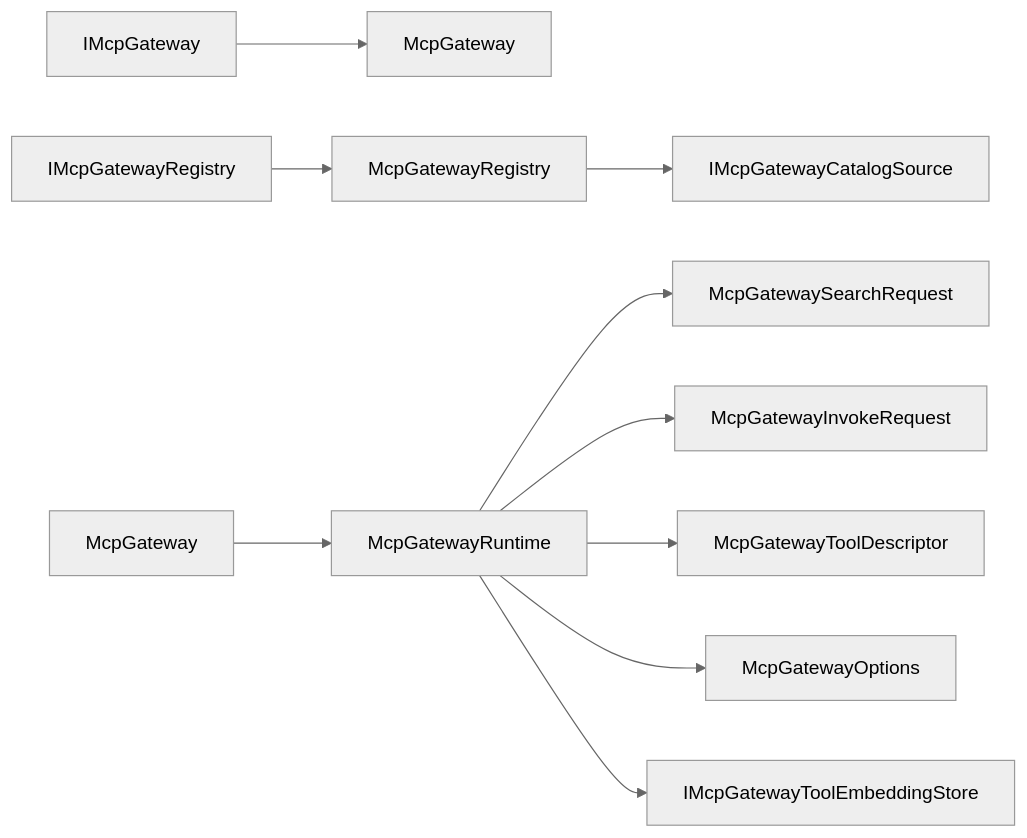
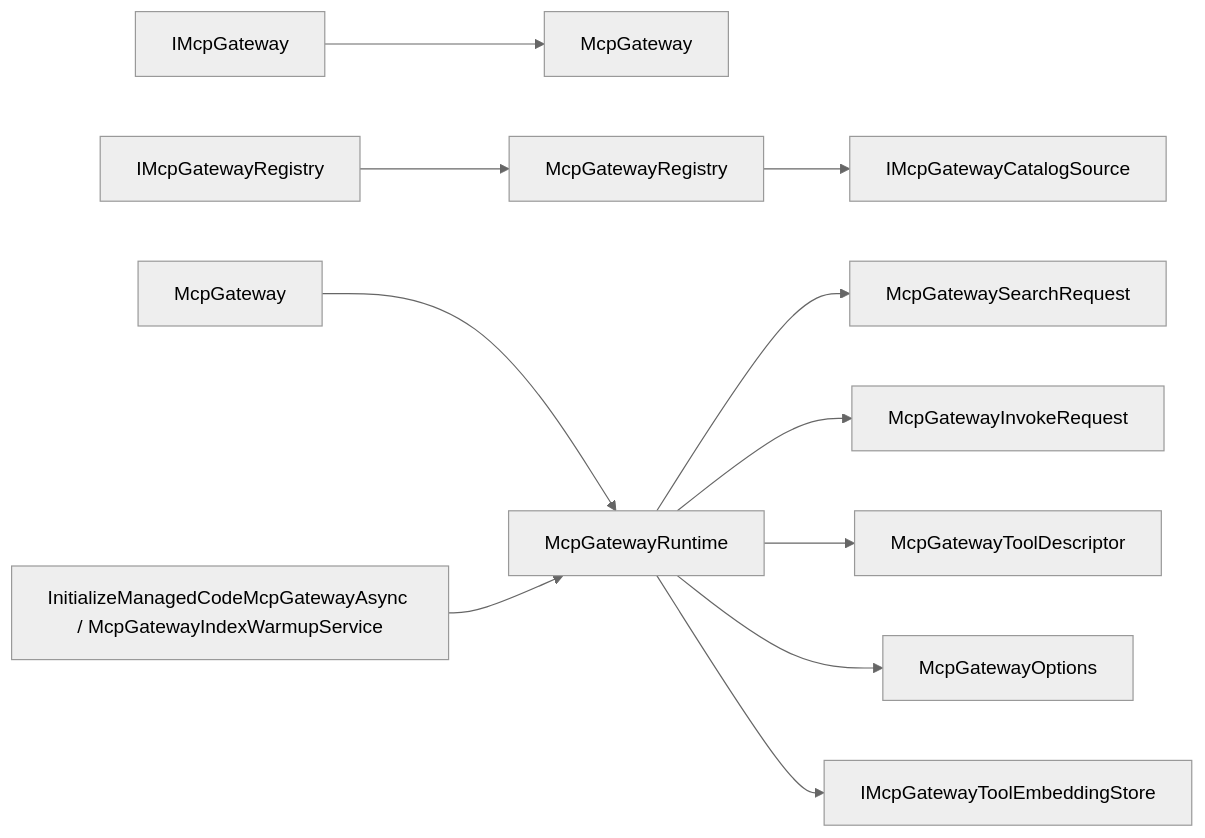
Before and after one commit to pokshiu/MCPGateway: the second of 3 diagrams in docs/Architecture/Overview.md, drawn with Mermaid (neutral theme). The commit also changed other lines of this file and 4 other files, not shown here.

Commit message:
Document gateway architecture and README guidance

````diff
--- a/docs/Architecture/Overview.md
+++ b/docs/Architecture/Overview.md
@@ -44,12 +46,13 @@
 ```mermaid
 flowchart LR
     IMcpGateway["IMcpGateway"] --> McpGateway["McpGateway"]
     IMcpGatewayRegistry["IMcpGatewayRegistry"] --> Registry["McpGatewayRegistry"]
     Facade["McpGateway"] --> Runtime["McpGatewayRuntime"]
+    Warmup["InitializeManagedCodeMcpGatewayAsync / McpGatewayIndexWarmupService"] --> Runtime
     Runtime --> SearchRequest["McpGatewaySearchRequest"]
     Runtime --> InvokeRequest["McpGatewayInvokeRequest"]
     Runtime --> Descriptor["McpGatewayToolDescriptor"]
     Runtime --> Options["McpGatewayOptions"]
     Runtime --> EmbeddingStore["IMcpGatewayToolEmbeddingStore"]
     Registry --> CatalogSource["IMcpGatewayCatalogSource"]
 ```
````
